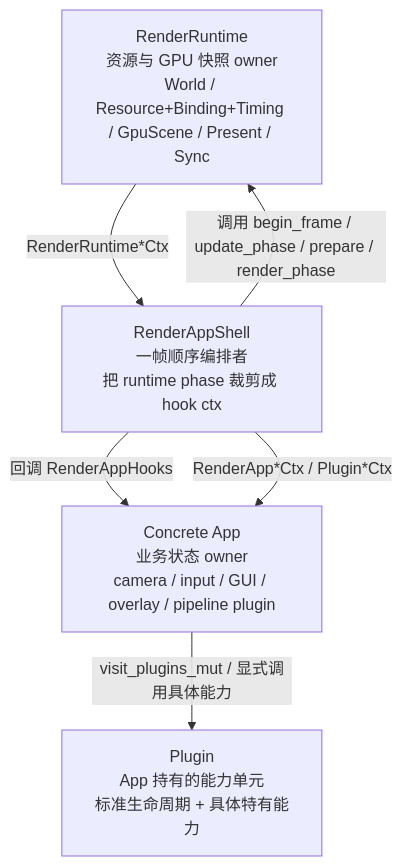
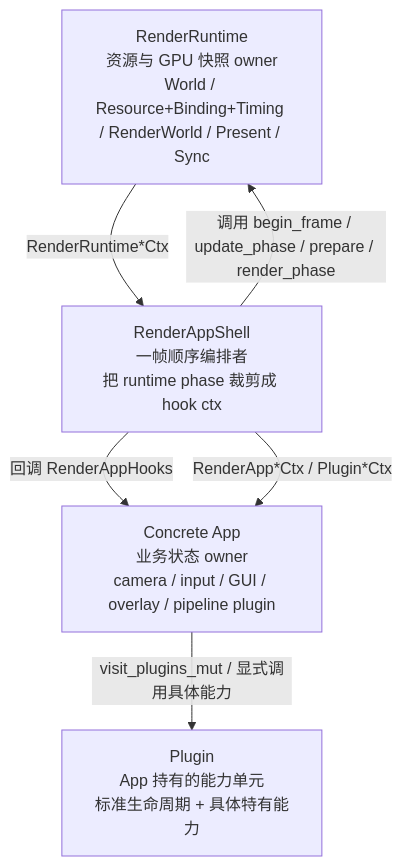
The first of 5 diagrams in docs/summaries/frame-lifecycle.md (acccoco/TruvisRenderer), drawn with Mermaid before and after one commit. The commit also changed other lines of this file and 67 other files, not shown here.

First line of the commit message:
重构场景资产同步与 RenderWorld 架构

````diff
--- a/docs/summaries/frame-lifecycle.md
+++ b/docs/summaries/frame-lifecycle.md
@@ -28,12 +28,12 @@
 ```mermaid
 flowchart TB
-    Runtime["RenderRuntime<br/>资源与 GPU 快照 owner<br/>World / Resource+Binding+Timing / GpuScene / Present / Sync"]
+    Runtime["RenderRuntime<br/>资源与 GPU 快照 owner<br/>World / Resource+Binding+Timing / RenderWorld / Present / Sync"]
     Shell["RenderAppShell<br/>一帧顺序编排者<br/>把 runtime phase 裁剪成 hook ctx"]
     App["Concrete App<br/>业务状态 owner<br/>camera / input / GUI / overlay / pipeline plugin"]
     Plugin["Plugin<br/>App 持有的能力单元<br/>标准生命周期 + 具体特有能力"]
     Shell -->|" 调用 begin_frame / update_phase / prepare / render_phase "| Runtime
     Shell -->|" 回调 RenderAppHooks "| App
     App -->|" visit_plugins_mut / 显式调用具体能力 "| Plugin
     Runtime -->|" RenderRuntime*Ctx "| Shell
     Shell -->|" RenderApp*Ctx / Plugin*Ctx "| App
 ```
````
